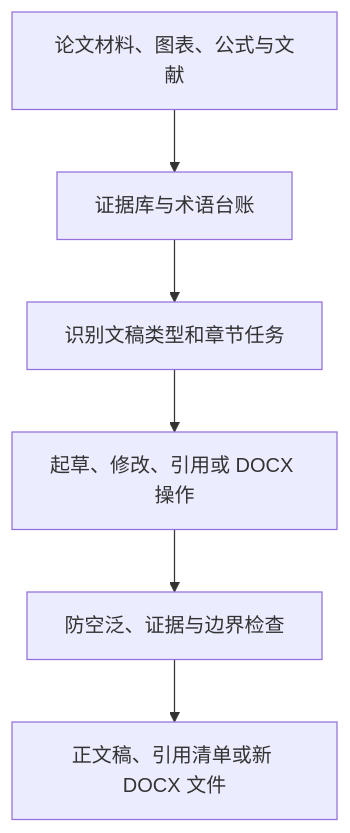
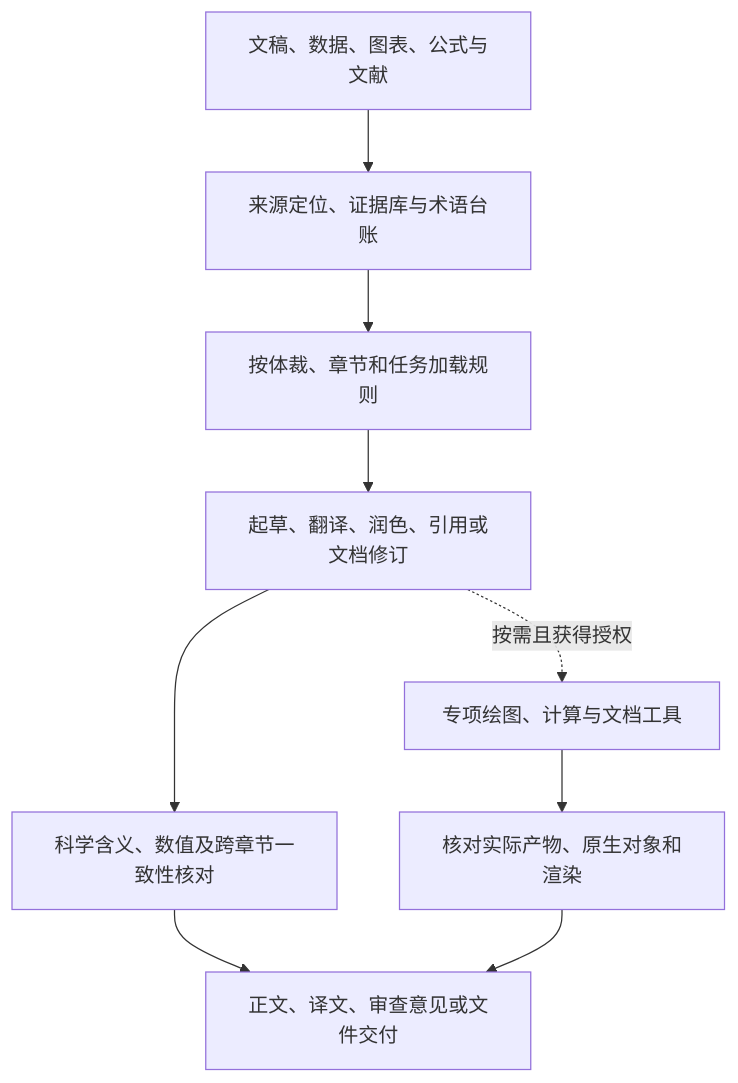
Before and after one commit to JackYStack/civil-engineering-thesis-body-writing-skill: the diagram in README.md, drawn with Mermaid. The commit also changed other lines of this file and 1 other file, not shown here.

````diff
--- a/README.md
+++ b/README.md
@@ -45,8 +56,11 @@
 ```mermaid
 flowchart TD
-    A[论文材料、图表、公式与文献] --> B[证据库与术语台账]
-    B --> C[识别文稿类型和章节任务]
-    C --> D[起草、修改、引用或 DOCX 操作]
-    D --> E[防空泛、证据与边界检查]
-    E --> F[正文稿、引用清单或新 DOCX 文件]
+    A[文稿、数据、图表、公式与文献] --> B[来源定位、证据库与术语台账]
+    B --> C[按体裁、章节和任务加载规则]
+    C --> D[起草、翻译、润色、引用或文档修订]
+    D --> E[科学含义、数值及跨章节一致性核对]
+    E --> F[正文、译文、审查意见或文件交付]
+    D -. 按需且获得授权 .-> G[专项绘图、计算与文档工具]
+    G --> H[核对实际产物、原生对象和渲染]
+    H --> F
 ```
````
